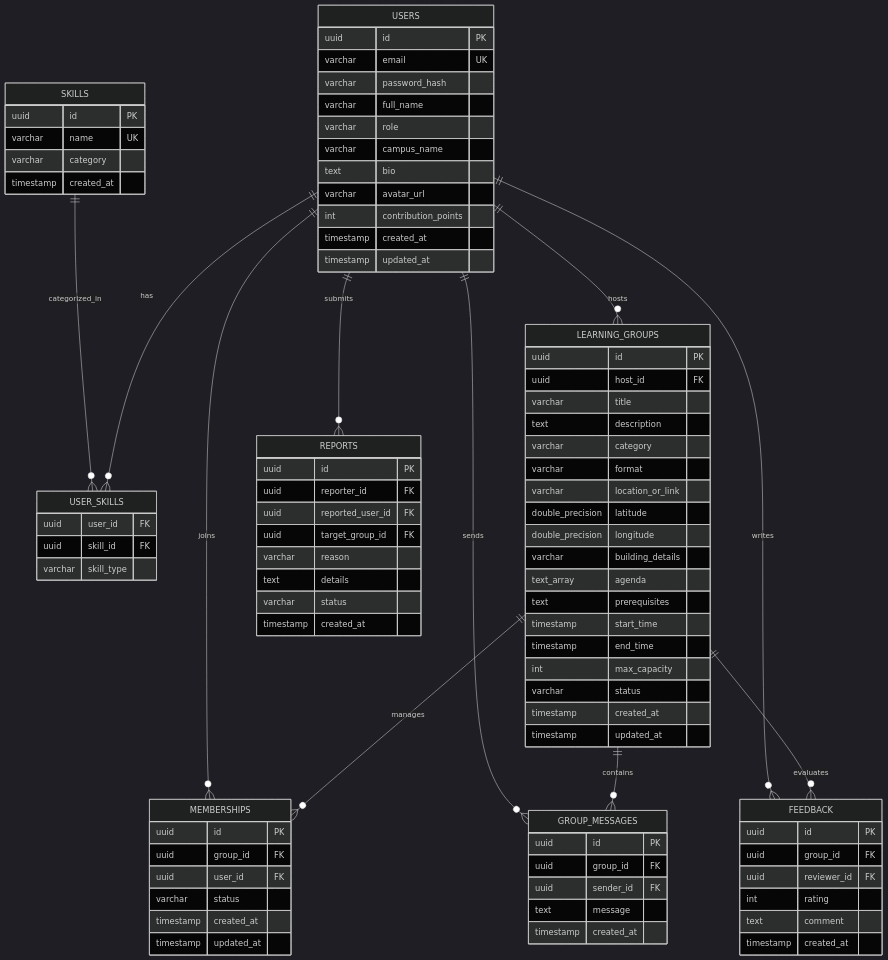
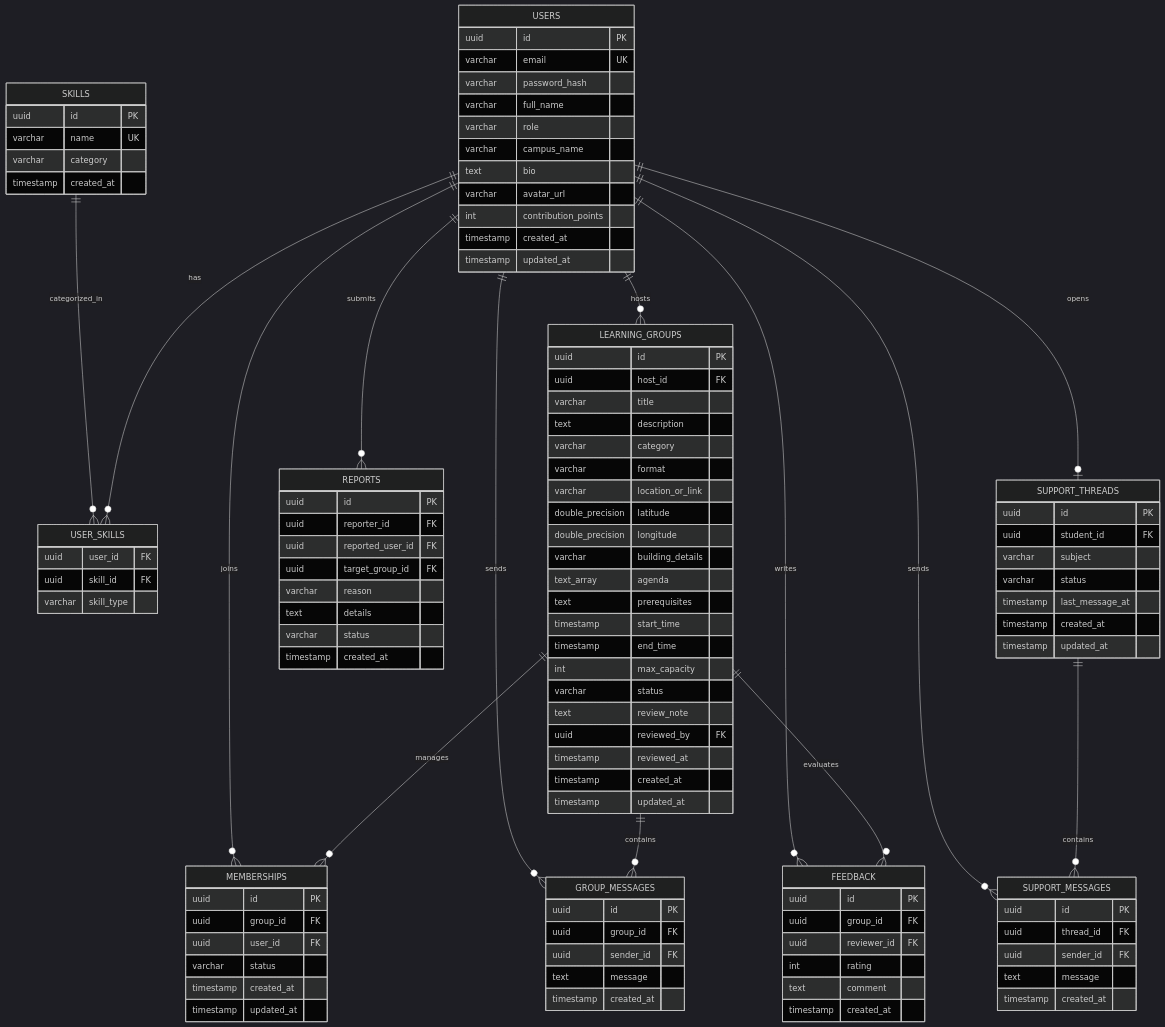
The second of 2 diagrams in docs/SRS.md (rakaalpiansyah/PeerLearn), drawn with Mermaid (dark theme) before and after one commit. The commit also changed other lines of this file and 34 other files, not shown here.

````diff
--- a/docs/SRS.md
+++ b/docs/SRS.md
@@ -406,6 +431,9 @@
     LEARNING_GROUPS ||--o{ FEEDBACK : evaluates
     USERS ||--o{ FEEDBACK : writes
     USERS ||--o{ REPORTS : submits
+    USERS ||--o| SUPPORT_THREADS : opens
+    SUPPORT_THREADS ||--o{ SUPPORT_MESSAGES : contains
+    USERS ||--o{ SUPPORT_MESSAGES : sends
 
     USERS {
         uuid id PK
@@ -451,6 +479,9 @@
         timestamp end_time
         int max_capacity
         varchar status
+        text review_note
+        uuid reviewed_by FK
+        timestamp reviewed_at
         timestamp created_at
         timestamp updated_at
     }
@@ -491,4 +522,22 @@
         varchar status
         timestamp created_at
     }
+
+    SUPPORT_THREADS {
+        uuid id PK
+        uuid student_id FK
+        varchar subject
+        varchar status
+        timestamp last_message_at
+        timestamp created_at
+        timestamp updated_at
+    }
+
+    SUPPORT_MESSAGES {
+        uuid id PK
+        uuid thread_id FK
+        uuid sender_id FK
+        text message
+        timestamp created_at
+    }
 ```
````
